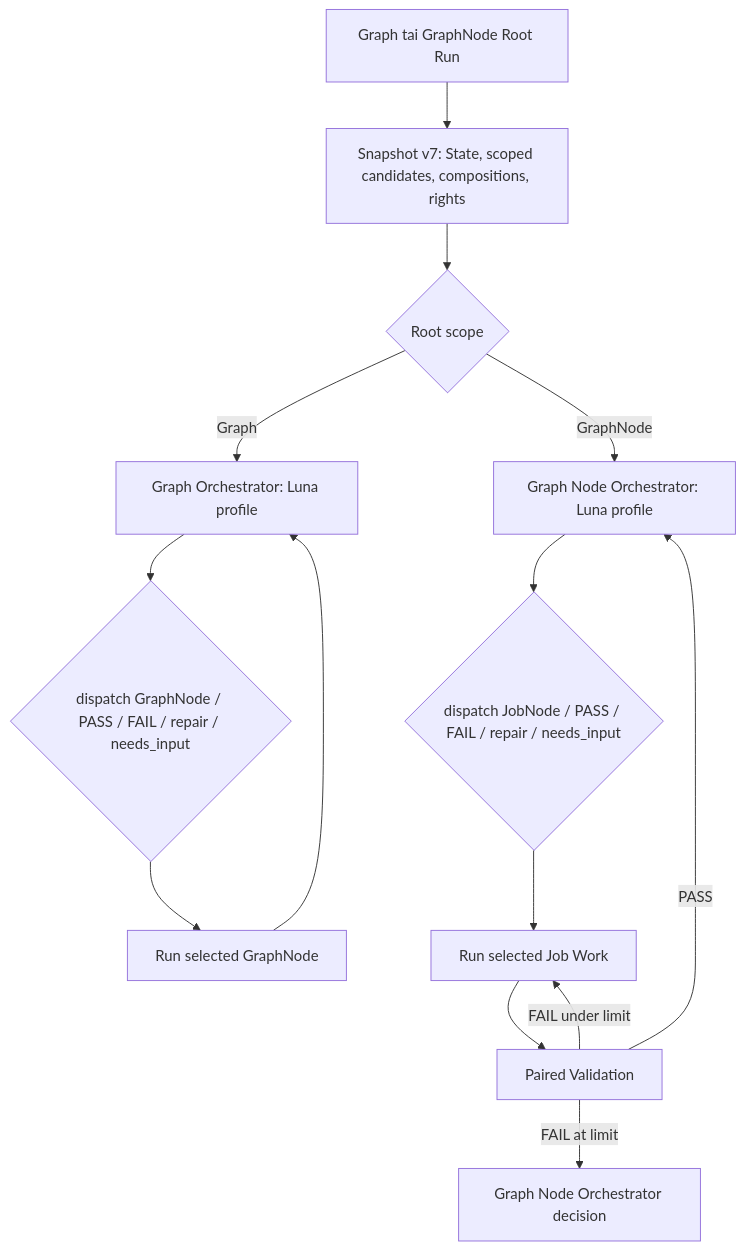
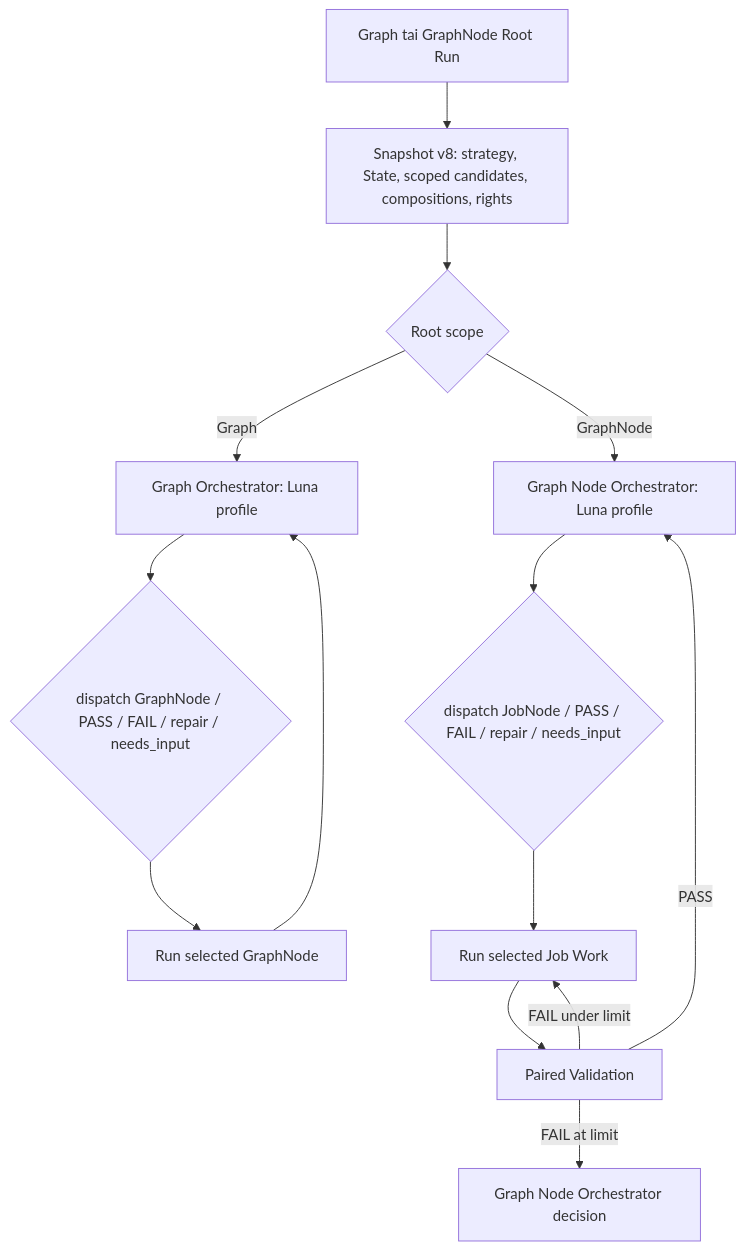
One commit to isinisalo/ballet changed the eighth of 10 diagrams in .ballet/arc42/06-runtime-view.md. Above: the diagram before and after it, drawn with Mermaid. The commit also changed other lines of this file and 65 other files, not shown here.

````diff
--- a/.ballet/arc42/06-runtime-view.md
+++ b/.ballet/arc42/06-runtime-view.md
@@ -187,16 +187,16 @@
 ```mermaid
 flowchart TD
-  start["Graph tai GraphNode Root Run"] --> snapshot["Snapshot v7: State, scoped candidates, compositions, rights"]
+  start["Graph tai GraphNode Root Run"] --> snapshot["Snapshot v8: strategy, State, scoped candidates, compositions, rights"]
   snapshot --> scope{"Root scope"}
   scope -->|"Graph"| graphOrch["Graph Orchestrator: Luna profile"]
   scope -->|"GraphNode"| nodeOrch["Graph Node Orchestrator: Luna profile"]
   graphOrch --> graphEnum{"dispatch GraphNode / PASS / FAIL / repair / needs_input"}
   graphEnum --> child["Run selected GraphNode"]
   child --> graphOrch
   nodeOrch --> jobEnum{"dispatch JobNode / PASS / FAIL / repair / needs_input"}
   jobEnum --> work["Run selected Job Work"]
   work --> validation["Paired Validation"]
   validation -->|"PASS"| nodeOrch
   validation -->|"FAIL under limit"| work
   validation -->|"FAIL at limit"| repairChoice["Graph Node Orchestrator decision"]
 ```
````
